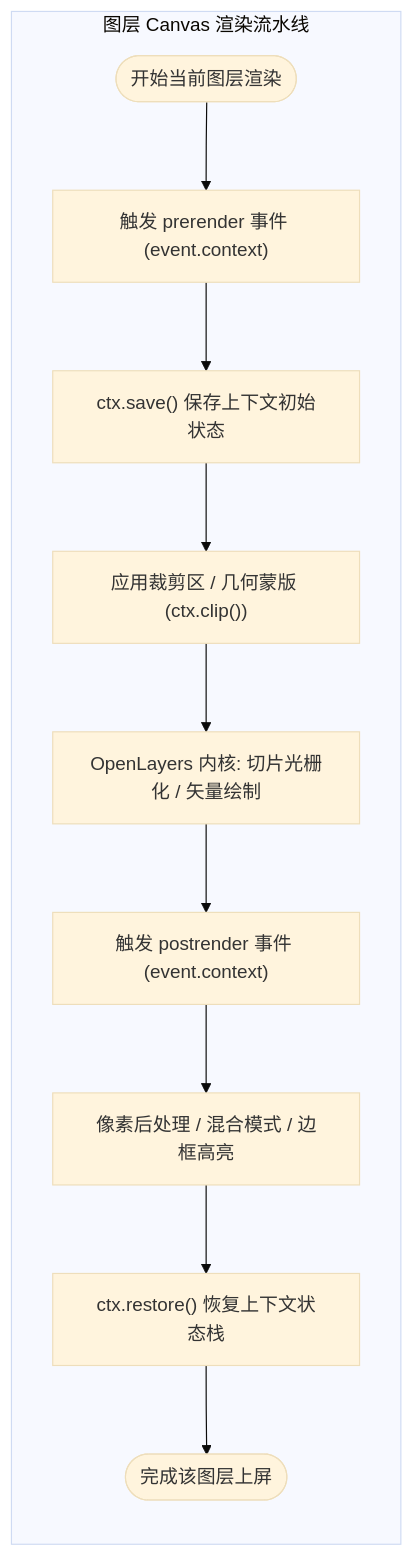
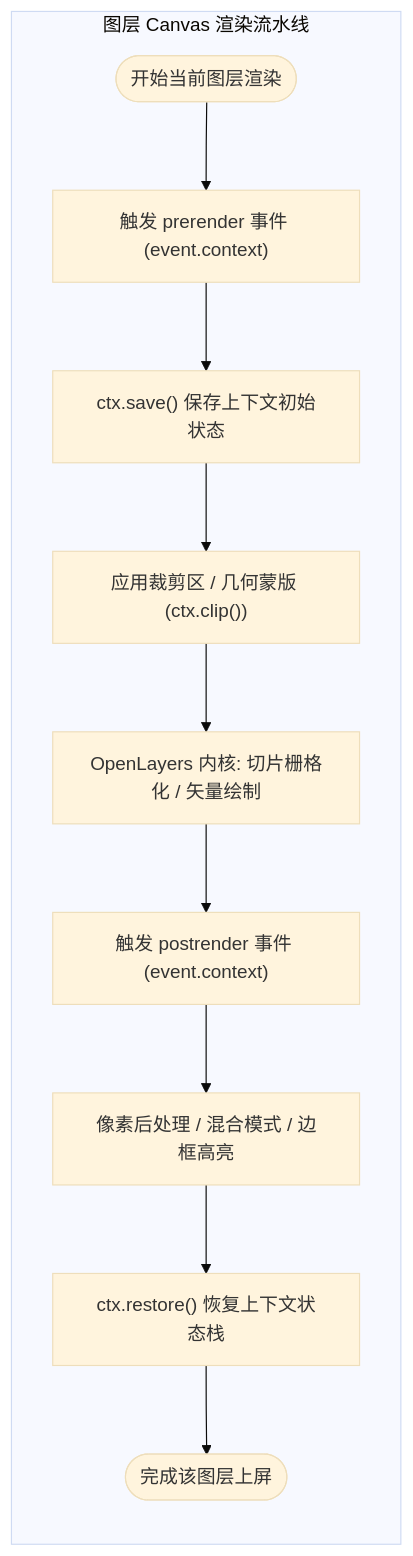
One commit to gisnotes/openlayers changed the first of 4 diagrams in site/summary/openlayers-canvas-clipping-guide.md. Above: the diagram before and after it, drawn with Mermaid (base theme). The commit also changed other lines of this file and 150 other files, not shown here.

````diff
--- a/site/summary/openlayers-canvas-clipping-guide.md
+++ b/site/summary/openlayers-canvas-clipping-guide.md
@@ -15,14 +15,14 @@
 ```mermaid
 flowchart TD
     subgraph LayerRenderPipeline [图层 Canvas 渲染流水线]
         direction TB
         StartRender([开始当前图层渲染]) --> PreHook["触发 prerender 事件 (event.context)"]
         PreHook --> SaveState["ctx.save() 保存上下文初始状态"]
         SaveState --> ApplyClip["应用裁剪区 / 几何蒙版 (ctx.clip())"]
-        ApplyClip --> Rasterize["OpenLayers 内核: 切片光栅化 / 矢量绘制"]
+        ApplyClip --> Rasterize["OpenLayers 内核: 切片栅格化 / 矢量绘制"]
         Rasterize --> PostHook["触发 postrender 事件 (event.context)"]
         PostHook --> PostProcess["像素后处理 / 混合模式 / 边框高亮"]
         PostProcess --> RestoreState["ctx.restore() 恢复上下文状态栈"]
         RestoreState --> EndRender([完成该图层上屏])
     end
 ```
````
